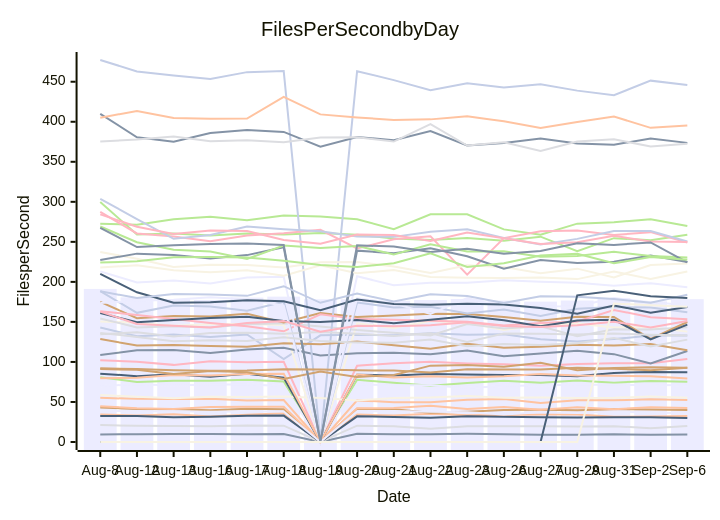
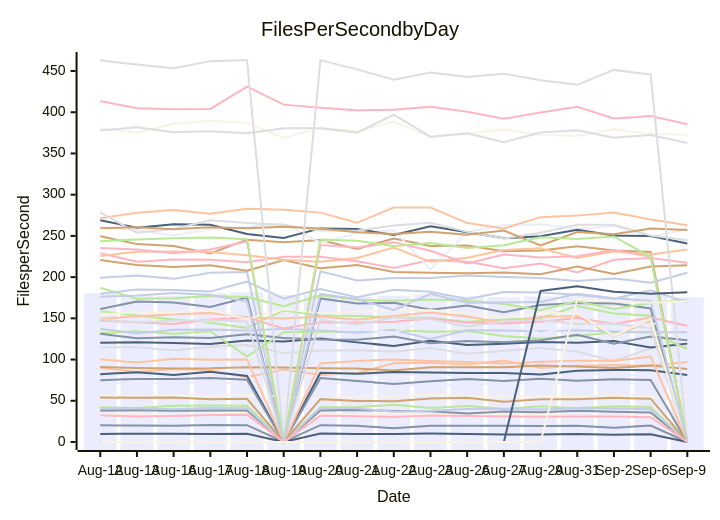
One commit to streetsidesoftware/cspell changed the diagram in perf-report.md. Above: the diagram before and after it, drawn with Mermaid. The commit also changed other lines of this file and 1 other file, not shown here.

````diff
--- a/perf-report.md
+++ b/perf-report.md
@@ -10,56 +10,56 @@
 ```mermaid
 xychart-beta
     title Files Per Second by Day
     y-axis Files per Second
-    x-axis Date [Aug-8, Aug-12, Aug-13, Aug-16, Aug-17, Aug-18, Aug-19, Aug-20, Aug-21, Aug-22, Aug-23, Aug-26, Aug-27, Aug-29, Aug-31, Sep-2, Sep-6]
-    bar [191.20, 180.70, 178.15, 177.36, 180.37, 181.58, 178.25, 178.21, 176.48, 177.31, 178.59, 176.65, 175.34, 176.71, 179.62, 175.68, 178.38]
-    line [9.50, 9.79, 10.01, 9.93, 9.56, 9.98, 0.00, 10.21, 9.57, 9.67, 10.21, 9.79, 8.96, 9.05, 9.81, 8.92, 9.30]
-    line [34.20, 33.20, 34.57, 31.78, 34.11, 35.97, 0.00, 34.29, 33.06, 35.20, 33.44, 33.88, 34.28, 34.29, 31.46, 31.96, 32.39]
-    line [21.19, 20.25, 20.06, 19.64, 20.70, 20.41, 0.00, 20.37, 19.78, 16.65, 19.78, 19.77, 19.75, 19.38, 19.78, 17.23, 19.98]
-    line [80.98, 74.91, 76.50, 76.38, 77.71, 75.62, 0.00, 77.72, 74.04, 70.35, 73.82, 76.46, 74.01, 76.69, 74.15, 76.26, 75.33]
-    line [42.95, 41.33, 40.92, 39.81, 41.51, 41.02, 0.00, 41.64, 40.90, 36.56, 37.81, 40.07, 40.16, 39.52, 40.88, 40.72, 39.85]
-    line [142.93, 132.02, 134.29, 131.31, 134.38, 103.66, 133.22, 133.90, 133.21, 135.84, 133.85, 134.48, 128.45, 125.51, 128.57, 133.06, 133.03]
-    line [102.16, 100.25, 96.34, 100.85, 99.70, 100.11, 0.00, 95.31, 98.34, 100.20, 98.20, 97.14, 95.15, 97.31, 98.42, 98.44, 103.61]
-    line [32.58, 32.53, 30.92, 31.50, 32.70, 32.97, 0.00, 32.06, 31.30, 30.41, 32.21, 31.61, 31.00, 30.67, 31.04, 30.96, 30.04]
-    line [150.53, 148.96, 145.17, 146.97, 147.53, 146.24, 0.00, 148.33, 142.38, 151.12, 148.79, 140.03, 146.17, 148.08, 143.16, 143.31, 137.86]
-    line [69.76, 72.23, 70.49, 71.73, 71.73, 69.94, 0.00, 72.13, 70.80, 70.95, 67.44, 70.02, 70.97, 71.48, 71.44, 71.07, 70.80]
-    line [108.73, 114.61, 115.03, 111.20, 115.68, 117.57, 108.01, 110.94, 111.36, 109.59, 114.15, 106.99, 110.60, 113.93, 109.73, 98.03, 113.59]
-    line [55.19, 53.89, 53.76, 54.05, 51.77, 52.47, 0.00, 51.98, 49.75, 49.50, 52.81, 53.66, 48.74, 52.00, 52.00, 53.54, 52.52]
-    line [154.37, 143.15, 144.69, 142.97, 147.08, 148.37, 144.42, 139.84, 136.44, 133.06, 147.23, 141.82, 144.43, 131.99, 140.70, 140.40, 143.33]
-    line [272.63, 271.36, 278.18, 281.29, 276.84, 282.85, 281.73, 278.23, 265.94, 284.38, 284.39, 265.58, 259.03, 272.73, 274.59, 278.30, 269.85]
-    line [175.00, 154.73, 157.53, 156.69, 160.04, 149.26, 160.96, 156.07, 157.97, 160.09, 159.80, 156.02, 151.31, 156.46, 156.20, 128.81, 149.88]
-    line [477.15, 462.92, 457.77, 453.39, 461.99, 463.36, 0.00, 463.20, 452.00, 439.43, 448.11, 442.87, 446.82, 438.90, 433.22, 451.36, 445.82]
-    line [163.25, 158.60, 153.54, 148.56, 144.51, 138.29, 159.59, 153.49, 152.84, 151.42, 150.33, 145.56, 148.61, 150.44, 164.92, 155.92, 153.19]
-    line [161.10, 149.57, 152.42, 154.99, 156.52, 151.19, 149.78, 152.30, 148.37, 152.77, 157.05, 152.12, 144.60, 151.74, 152.77, 128.16, 146.70]
-    line [58.58, 56.63, 54.55, 56.37, 56.24, 56.95, 55.01, 51.81, 55.08, 55.43, 57.37, 55.42, 55.44, 54.92, 55.19, 56.79, 55.22]
-    line [213.12, 199.30, 201.86, 197.88, 205.41, 206.29, 0.00, 206.95, 195.89, 198.81, 198.92, 201.94, 200.15, 198.85, 195.27, 198.37, 193.18]
-    line [409.97, 380.61, 375.07, 385.96, 389.59, 387.36, 368.74, 381.05, 377.05, 388.53, 370.41, 373.49, 378.95, 372.79, 371.32, 379.20, 373.63]
-    line [44.79, 42.03, 41.23, 43.84, 44.17, 43.94, 0.00, 42.21, 42.40, 45.26, 41.26, 43.81, 40.27, 43.32, 41.01, 43.29, 42.33]
-    line [375.47, 377.78, 381.67, 375.65, 377.00, 374.45, 380.47, 380.68, 375.26, 397.02, 370.26, 374.39, 363.66, 375.36, 378.12, 369.19, 372.46]
-    line [299.77, 259.20, 260.53, 258.00, 260.49, 259.27, 261.07, 258.95, 254.28, 252.45, 254.96, 251.52, 256.47, 238.41, 254.64, 251.96, 258.89]
-    line [128.73, 120.46, 121.08, 119.97, 118.94, 123.21, 122.05, 125.45, 120.85, 116.37, 122.78, 117.70, 119.12, 121.35, 120.42, 122.42, 114.54]
-    line [188.48, 161.32, 170.45, 169.12, 163.90, 175.25, 0.00, 174.12, 168.12, 168.81, 160.53, 165.45, 157.28, 166.29, 168.59, 168.11, 162.00]
-    line [287.52, 260.47, 256.60, 250.90, 257.82, 260.83, 265.11, 241.69, 253.34, 256.92, 209.05, 254.71, 263.18, 264.22, 258.50, 262.12, 249.11]
-    line [85.35, 82.25, 84.75, 81.36, 85.27, 80.18, 0.00, 84.11, 82.91, 84.94, 84.37, 83.76, 83.84, 82.02, 86.32, 87.46, 87.14]
-    line [237.21, 229.02, 218.58, 221.35, 221.21, 218.06, 224.66, 224.81, 219.16, 211.20, 220.63, 218.66, 210.78, 216.53, 205.56, 221.13, 223.08]
-    line [173.61, 176.29, 177.61, 180.65, 178.25, 170.32, 0.00, 179.55, 173.37, 159.94, 179.71, 169.02, 169.12, 169.70, 179.72, 174.42, 171.06]
-    line [227.33, 235.28, 233.55, 229.09, 233.43, 243.19, 0.00, 239.03, 235.84, 242.13, 231.92, 216.52, 227.39, 223.72, 225.22, 232.84, 224.81]
-    line [79.56, 80.20, 83.75, 83.15, 84.93, 85.14, 0.00, 84.39, 80.69, 82.01, 80.62, 81.99, 84.93, 82.93, 82.69, 82.19, 79.19]
-    line [134.56, 137.20, 131.68, 136.01, 136.33, 135.27, 137.39, 135.24, 132.55, 135.80, 124.86, 135.53, 135.15, 134.28, 135.44, 134.10, 133.16]
-    line [269.21, 249.55, 240.04, 237.83, 228.68, 245.41, 242.22, 244.96, 234.22, 246.89, 237.83, 238.28, 231.51, 232.29, 237.57, 232.38, 230.54]
-    line [91.26, 90.11, 84.85, 88.54, 87.18, 78.69, 87.97, 81.21, 83.61, 95.38, 96.21, 93.90, 98.97, 89.73, 92.49, 93.42, 92.85]
-    line [303.64, 278.53, 253.81, 258.44, 269.09, 265.67, 263.14, 256.57, 256.22, 262.68, 265.85, 254.87, 246.75, 253.70, 263.63, 263.57, 250.38]
-    line [284.31, 268.87, 259.91, 264.09, 263.50, 252.27, 247.59, 259.11, 258.43, 251.09, 261.73, 254.45, 247.25, 249.51, 257.53, 250.46, 249.77]
-    line [209.91, 187.02, 173.84, 174.43, 177.08, 175.87, 164.73, 177.91, 172.41, 171.41, 172.78, 171.71, 167.41, 160.25, 170.61, 161.33, 168.54]
-    line [217.96, 220.64, 214.63, 212.14, 214.39, 207.70, 220.70, 210.90, 214.69, 206.22, 205.16, 204.73, 205.50, 203.46, 212.85, 203.78, 213.00]
-    line [39.34, 38.23, 38.39, 37.87, 38.23, 38.08, 0.00, 38.14, 38.85, 37.70, 37.19, 34.46, 37.13, 36.19, 37.79, 36.83, 35.85]
-    line [267.50, 243.48, 245.74, 247.26, 247.95, 246.01, 0.00, 245.63, 244.19, 237.32, 241.48, 235.19, 238.66, 248.28, 246.15, 249.29, 224.39]
-    line [405.10, 413.56, 404.76, 403.76, 404.07, 431.05, 409.21, 405.37, 402.28, 402.99, 406.75, 400.52, 392.20, 399.70, 406.57, 392.41, 395.48]
-    line [136.25, 131.30, 125.82, 127.16, 126.21, 130.73, 126.16, 124.30, 123.93, 127.92, 119.73, 122.40, 121.04, 123.38, 130.04, 119.32, 127.89]
-    line [224.07, 225.73, 230.84, 231.20, 230.56, 226.49, 220.96, 218.62, 223.21, 235.78, 218.52, 223.39, 232.83, 235.11, 223.20, 230.93, 227.50]
-    line [92.10, 91.06, 89.72, 89.04, 89.39, 90.78, 90.42, 89.47, 89.22, 86.73, 90.81, 90.69, 90.61, 92.79, 91.57, 89.68, 92.88]
-    line [188.21, 179.85, 184.92, 184.34, 182.55, 194.62, 173.87, 185.52, 175.53, 184.67, 182.24, 173.51, 182.05, 181.30, 178.67, 173.82, 183.91]
-    line [162.85, 147.34, 145.33, 143.10, 148.69, 150.98, 137.75, 145.27, 144.73, 145.80, 149.65, 145.04, 143.72, 145.86, 150.29, 143.06, 151.08]
-    line [0.00, 0.00, 0.00, 0.00, 0.00, 0.00, 0.00, 0.00, 0.00, 0.00, 0.00, 0.00, 0.00, 183.14, 189.02, 182.17, 179.93]
-    line [0.00, 0.00, 0.00, 0.00, 0.00, 0.00, 0.00, 0.00, 0.00, 0.00, 0.00, 0.00, 0.00, 0.00, 172.99, 170.71, 168.98]
+    x-axis Date [Aug-12, Aug-13, Aug-16, Aug-17, Aug-18, Aug-19, Aug-20, Aug-21, Aug-22, Aug-23, Aug-26, Aug-27, Aug-29, Aug-31, Sep-2, Sep-6, Sep-9]
+    bar [180.70, 178.15, 177.36, 180.37, 181.58, 178.25, 178.21, 176.48, 177.31, 178.59, 176.65, 175.34, 176.71, 179.62, 175.68, 178.38, 175.73]
+    line [20.25, 20.06, 19.64, 20.70, 20.41, 0.00, 20.37, 19.78, 16.65, 19.78, 19.77, 19.75, 19.38, 19.78, 17.23, 19.98, 0.00]
+    line [90.11, 84.85, 88.54, 87.18, 78.69, 87.97, 81.21, 83.61, 95.38, 96.21, 93.90, 98.97, 89.73, 92.49, 93.42, 92.85, 96.99]
+    line [114.61, 115.03, 111.20, 115.68, 117.57, 108.01, 110.94, 111.36, 109.59, 114.15, 106.99, 110.60, 113.93, 109.73, 98.03, 113.59, 117.23]
+    line [158.60, 153.54, 148.56, 144.51, 138.29, 159.59, 153.49, 152.84, 151.42, 150.33, 145.56, 148.61, 150.44, 164.92, 155.92, 153.19, 0.00]
+    line [249.55, 240.04, 237.83, 228.68, 245.41, 242.22, 244.96, 234.22, 246.89, 237.83, 238.28, 231.51, 232.29, 237.57, 232.38, 230.54, 0.00]
+    line [199.30, 201.86, 197.88, 205.41, 206.29, 0.00, 206.95, 195.89, 198.81, 198.92, 201.94, 200.15, 198.85, 195.27, 198.37, 193.18, 205.21]
+    line [229.02, 218.58, 221.35, 221.21, 218.06, 224.66, 224.81, 219.16, 211.20, 220.63, 218.66, 210.78, 216.53, 205.56, 221.13, 223.08, 217.30]
+    line [120.46, 121.08, 119.97, 118.94, 123.21, 122.05, 125.45, 120.85, 116.37, 122.78, 117.70, 119.12, 121.35, 120.42, 122.42, 114.54, 119.33]
+    line [380.61, 375.07, 385.96, 389.59, 387.36, 368.74, 381.05, 377.05, 388.53, 370.41, 373.49, 378.95, 372.79, 371.32, 379.20, 373.63, 372.65]
+    line [260.47, 256.60, 250.90, 257.82, 260.83, 265.11, 241.69, 253.34, 256.92, 209.05, 254.71, 263.18, 264.22, 258.50, 262.12, 249.11, 258.37]
+    line [161.32, 170.45, 169.12, 163.90, 175.25, 0.00, 174.12, 168.12, 168.81, 160.53, 165.45, 157.28, 166.29, 168.59, 168.11, 162.00, 0.00]
+    line [149.57, 152.42, 154.99, 156.52, 151.19, 149.78, 152.30, 148.37, 152.77, 157.05, 152.12, 144.60, 151.74, 152.77, 128.16, 146.70, 0.00]
+    line [377.78, 381.67, 375.65, 377.00, 374.45, 380.47, 380.68, 375.26, 397.02, 370.26, 374.39, 363.66, 375.36, 378.12, 369.19, 372.46, 362.58]
+    line [132.02, 134.29, 131.31, 134.38, 103.66, 133.22, 133.90, 133.21, 135.84, 133.85, 134.48, 128.45, 125.51, 128.57, 133.06, 133.03, 112.77]
+    line [220.64, 214.63, 212.14, 214.39, 207.70, 220.70, 210.90, 214.69, 206.22, 205.16, 204.73, 205.50, 203.46, 212.85, 203.78, 213.00, 214.26]
+    line [137.20, 131.68, 136.01, 136.33, 135.27, 137.39, 135.24, 132.55, 135.80, 124.86, 135.53, 135.15, 134.28, 135.44, 134.10, 133.16, 133.12]
+    line [413.56, 404.76, 403.76, 404.07, 431.05, 409.21, 405.37, 402.28, 402.99, 406.75, 400.52, 392.20, 399.70, 406.57, 392.41, 395.48, 385.49]
+    line [268.87, 259.91, 264.09, 263.50, 252.27, 247.59, 259.11, 258.43, 251.09, 261.73, 254.45, 247.25, 249.51, 257.53, 250.46, 249.77, 240.66]
+    line [56.63, 54.55, 56.37, 56.24, 56.95, 55.01, 51.81, 55.08, 55.43, 57.37, 55.42, 55.44, 54.92, 55.19, 56.79, 55.22, 55.40]
+    line [143.15, 144.69, 142.97, 147.08, 148.37, 144.42, 139.84, 136.44, 133.06, 147.23, 141.82, 144.43, 131.99, 140.70, 140.40, 143.33, 143.38]
+    line [131.30, 125.82, 127.16, 126.21, 130.73, 126.16, 124.30, 123.93, 127.92, 119.73, 122.40, 121.04, 123.38, 130.04, 119.32, 127.89, 123.29]
+    line [271.36, 278.18, 281.29, 276.84, 282.85, 281.73, 278.23, 265.94, 284.38, 284.39, 265.58, 259.03, 272.73, 274.59, 278.30, 269.85, 262.88]
+    line [278.53, 253.81, 258.44, 269.09, 265.67, 263.14, 256.57, 256.22, 262.68, 265.85, 254.87, 246.75, 253.70, 263.63, 263.57, 250.38, 244.75]
+    line [187.02, 173.84, 174.43, 177.08, 175.87, 164.73, 177.91, 172.41, 171.41, 172.78, 171.71, 167.41, 160.25, 170.61, 161.33, 168.54, 172.61]
+    line [91.06, 89.72, 89.04, 89.39, 90.78, 90.42, 89.47, 89.22, 86.73, 90.81, 90.69, 90.61, 92.79, 91.57, 89.68, 92.88, 88.59]
+    line [179.85, 184.92, 184.34, 182.55, 194.62, 173.87, 185.52, 175.53, 184.67, 182.24, 173.51, 182.05, 181.30, 178.67, 173.82, 183.91, 169.15]
+    line [147.34, 145.33, 143.10, 148.69, 150.98, 137.75, 145.27, 144.73, 145.80, 149.65, 145.04, 143.72, 145.86, 150.29, 143.06, 151.08, 140.90]
+    line [9.79, 10.01, 9.93, 9.56, 9.98, 0.00, 10.21, 9.57, 9.67, 10.21, 9.79, 8.96, 9.05, 9.81, 8.92, 9.30, 0.00]
+    line [33.20, 34.57, 31.78, 34.11, 35.97, 0.00, 34.29, 33.06, 35.20, 33.44, 33.88, 34.28, 34.29, 31.46, 31.96, 32.39, 0.00]
+    line [80.20, 83.75, 83.15, 84.93, 85.14, 0.00, 84.39, 80.69, 82.01, 80.62, 81.99, 84.93, 82.93, 82.69, 82.19, 79.19, 0.00]
+    line [38.23, 38.39, 37.87, 38.23, 38.08, 0.00, 38.14, 38.85, 37.70, 37.19, 34.46, 37.13, 36.19, 37.79, 36.83, 35.85, 0.00]
+    line [225.73, 230.84, 231.20, 230.56, 226.49, 220.96, 218.62, 223.21, 235.78, 218.52, 223.39, 232.83, 235.11, 223.20, 230.93, 227.50, 233.38]
+    line [148.96, 145.17, 146.97, 147.53, 146.24, 0.00, 148.33, 142.38, 151.12, 148.79, 140.03, 146.17, 148.08, 143.16, 143.31, 137.86, 0.00]
+    line [42.03, 41.23, 43.84, 44.17, 43.94, 0.00, 42.21, 42.40, 45.26, 41.26, 43.81, 40.27, 43.32, 41.01, 43.29, 42.33, 0.00]
+    line [259.20, 260.53, 258.00, 260.49, 259.27, 261.07, 258.95, 254.28, 252.45, 254.96, 251.52, 256.47, 238.41, 254.64, 251.96, 258.89, 257.30]
+    line [41.33, 40.92, 39.81, 41.51, 41.02, 0.00, 41.64, 40.90, 36.56, 37.81, 40.07, 40.16, 39.52, 40.88, 40.72, 39.85, 0.00]
+    line [235.28, 233.55, 229.09, 233.43, 243.19, 0.00, 239.03, 235.84, 242.13, 231.92, 216.52, 227.39, 223.72, 225.22, 232.84, 224.81, 0.00]
+    line [82.25, 84.75, 81.36, 85.27, 80.18, 0.00, 84.11, 82.91, 84.94, 84.37, 83.76, 83.84, 82.02, 86.32, 87.46, 87.14, 81.35]
+    line [154.73, 157.53, 156.69, 160.04, 149.26, 160.96, 156.07, 157.97, 160.09, 159.80, 156.02, 151.31, 156.46, 156.20, 128.81, 149.88, 0.00]
+    line [72.23, 70.49, 71.73, 71.73, 69.94, 0.00, 72.13, 70.80, 70.95, 67.44, 70.02, 70.97, 71.48, 71.44, 71.07, 70.80, 70.10]
+    line [74.91, 76.50, 76.38, 77.71, 75.62, 0.00, 77.72, 74.04, 70.35, 73.82, 76.46, 74.01, 76.69, 74.15, 76.26, 75.33, 0.00]
+    line [100.25, 96.34, 100.85, 99.70, 100.11, 0.00, 95.31, 98.34, 100.20, 98.20, 97.14, 95.15, 97.31, 98.42, 98.44, 103.61, 0.00]
+    line [462.92, 457.77, 453.39, 461.99, 463.36, 0.00, 463.20, 452.00, 439.43, 448.11, 442.87, 446.82, 438.90, 433.22, 451.36, 445.82, 0.00]
+    line [243.48, 245.74, 247.26, 247.95, 246.01, 0.00, 245.63, 244.19, 237.32, 241.48, 235.19, 238.66, 248.28, 246.15, 249.29, 224.39, 0.00]
+    line [53.89, 53.76, 54.05, 51.77, 52.47, 0.00, 51.98, 49.75, 49.50, 52.81, 53.66, 48.74, 52.00, 52.00, 53.54, 52.52, 0.00]
+    line [176.29, 177.61, 180.65, 178.25, 170.32, 0.00, 179.55, 173.37, 159.94, 179.71, 169.02, 169.12, 169.70, 179.72, 174.42, 171.06, 0.00]
+    line [32.53, 30.92, 31.50, 32.70, 32.97, 0.00, 32.06, 31.30, 30.41, 32.21, 31.61, 31.00, 30.67, 31.04, 30.96, 30.04, 0.00]
+    line [0.00, 0.00, 0.00, 0.00, 0.00, 0.00, 0.00, 0.00, 0.00, 0.00, 0.00, 0.00, 183.14, 189.02, 182.17, 179.93, 181.55]
+    line [0.00, 0.00, 0.00, 0.00, 0.00, 0.00, 0.00, 0.00, 0.00, 0.00, 0.00, 0.00, 0.00, 172.99, 170.71, 168.98, 170.63]
 ```
````
